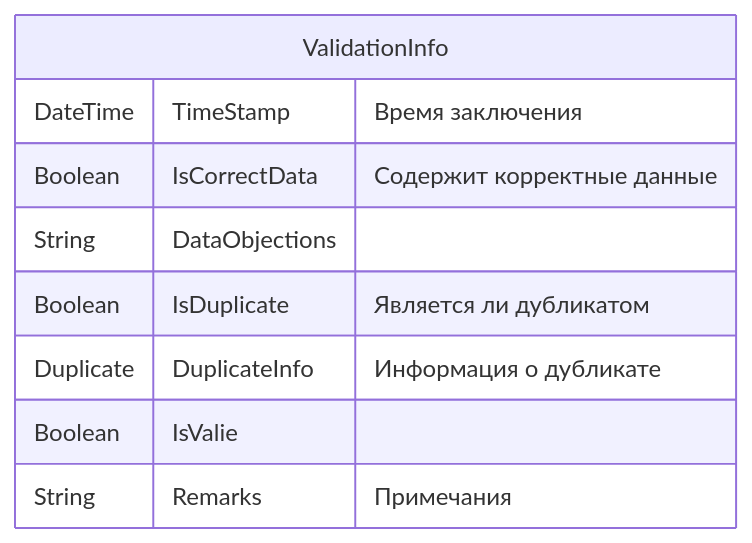
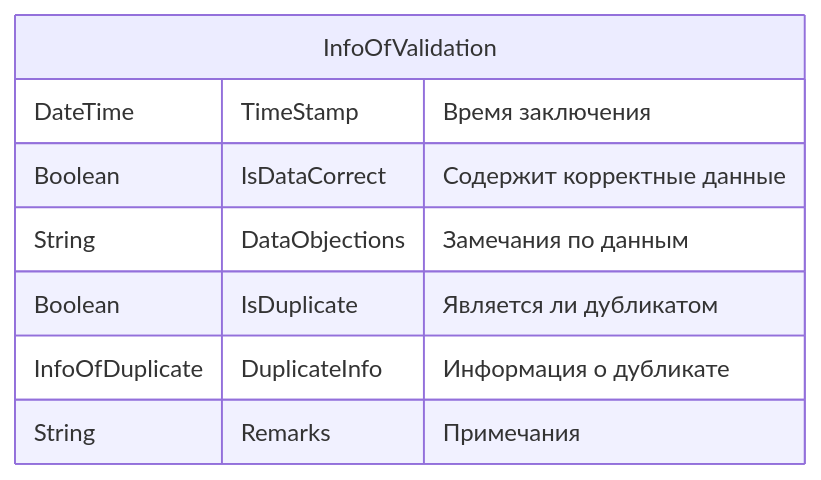
One commit to Zorin-Mykhailo/Kusto changed the third of 5 diagrams in Kusto/Documents/2313902__ContractorsCheck/DataModel.md. Above: the diagram before and after it, drawn with Mermaid. The commit also changed other lines of this file, not shown here.

````diff
--- a/Kusto/Documents/2313902__ContractorsCheck/DataModel.md
+++ b/Kusto/Documents/2313902__ContractorsCheck/DataModel.md
@@ -26,13 +38,11 @@
 ```mermaid
 erDiagram
-  ValidationInfo {
+  InfoOfValidation {
     DateTime TimeStamp "Время заключения"
-    Boolean IsCorrectData "Содержит корректные данные"
-    String DataObjections ""
+    Boolean IsDataCorrect "Содержит корректные данные"
+    String DataObjections "Замечания по данным"
     Boolean IsDuplicate "Является ли дубликатом"
-    Duplicate DuplicateInfo "Информация о дубликате"
-    Boolean IsValie ""
+    InfoOfDuplicate DuplicateInfo "Информация о дубликате"
     String Remarks "Примечания"
-    
   }
 ```
````
